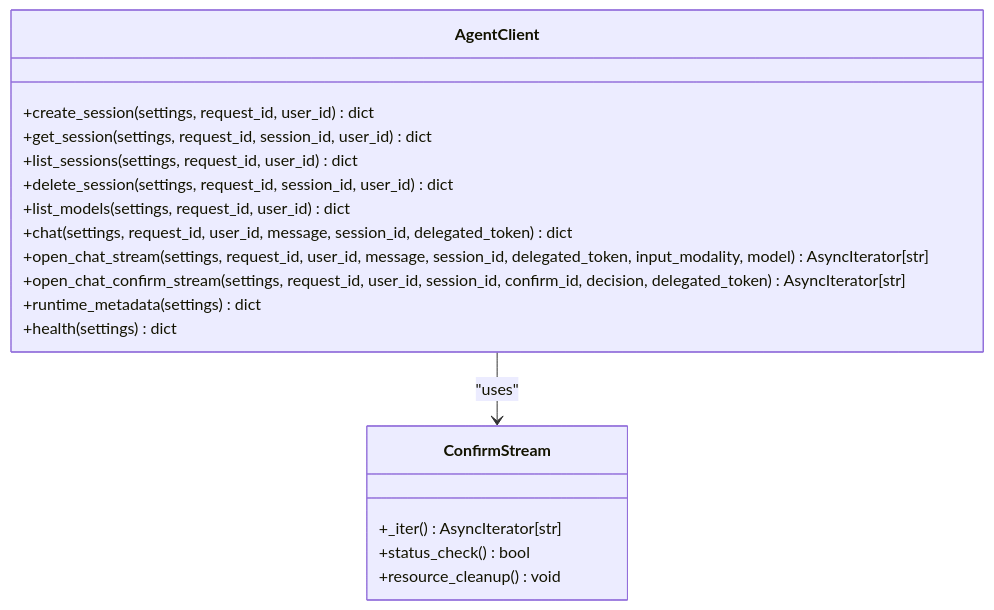
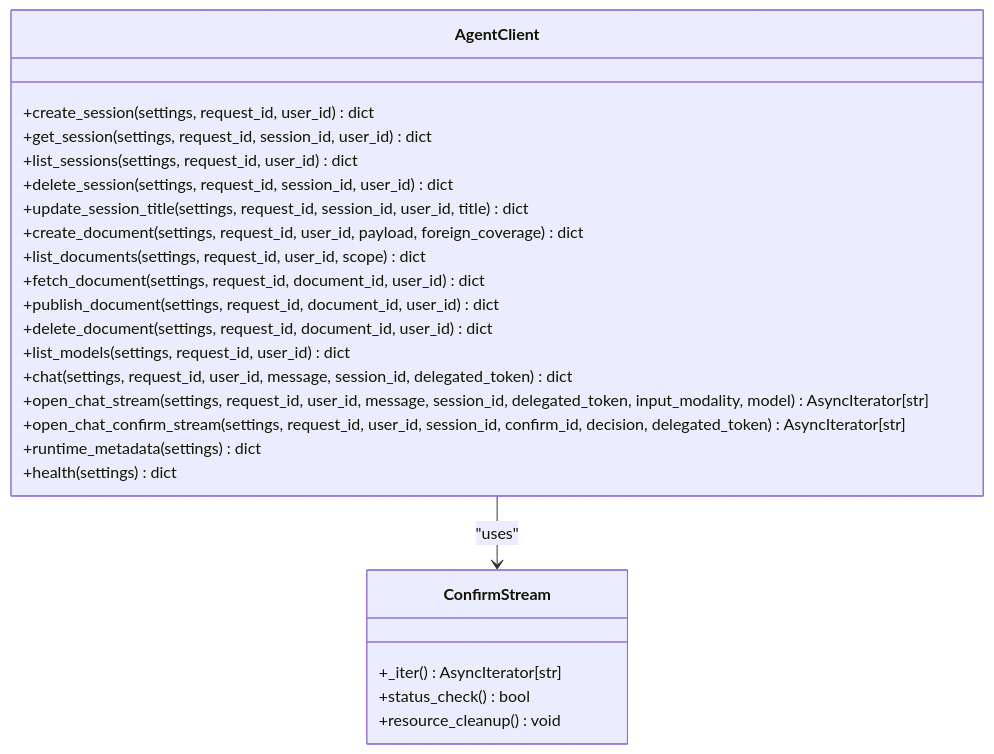
Before and after one commit to metasync/luban-aiops: the seventh of 15 diagrams in .qoder/repowiki/en/content/Architecture Documentation/Platform Gateway Service.md, drawn with Mermaid. The commit also changed other lines of this file and 101 other files, not shown here.

````diff
--- a/.qoder/repowiki/en/content/Architecture Documentation/Platform Gateway Service.md
+++ b/.qoder/repowiki/en/content/Architecture Documentation/Platform Gateway Service.md
@@ -440,21 +629,27 @@
 ```mermaid
 classDiagram
 class AgentClient {
 +create_session(settings, request_id, user_id) dict
 +get_session(settings, request_id, session_id, user_id) dict
 +list_sessions(settings, request_id, user_id) dict
 +delete_session(settings, request_id, session_id, user_id) dict
++update_session_title(settings, request_id, session_id, user_id, title) dict
++create_document(settings, request_id, user_id, payload, foreign_coverage) dict
++list_documents(settings, request_id, user_id, scope) dict
++fetch_document(settings, request_id, document_id, user_id) dict
++publish_document(settings, request_id, document_id, user_id) dict
++delete_document(settings, request_id, document_id, user_id) dict
 +list_models(settings, request_id, user_id) dict
 +chat(settings, request_id, user_id, message, session_id, delegated_token) dict
 +open_chat_stream(settings, request_id, user_id, message, session_id, delegated_token, input_modality, model) AsyncIterator[str]
 +open_chat_confirm_stream(settings, request_id, user_id, session_id, confirm_id, decision, delegated_token) AsyncIterator[str]
 +runtime_metadata(settings) dict
 +health(settings) dict
 }
 class ConfirmStream {
 +_iter() AsyncIterator[str]
 +status_check() bool
 +resource_cleanup() void
 }
 AgentClient --> ConfirmStream : "uses"
 ```
````
